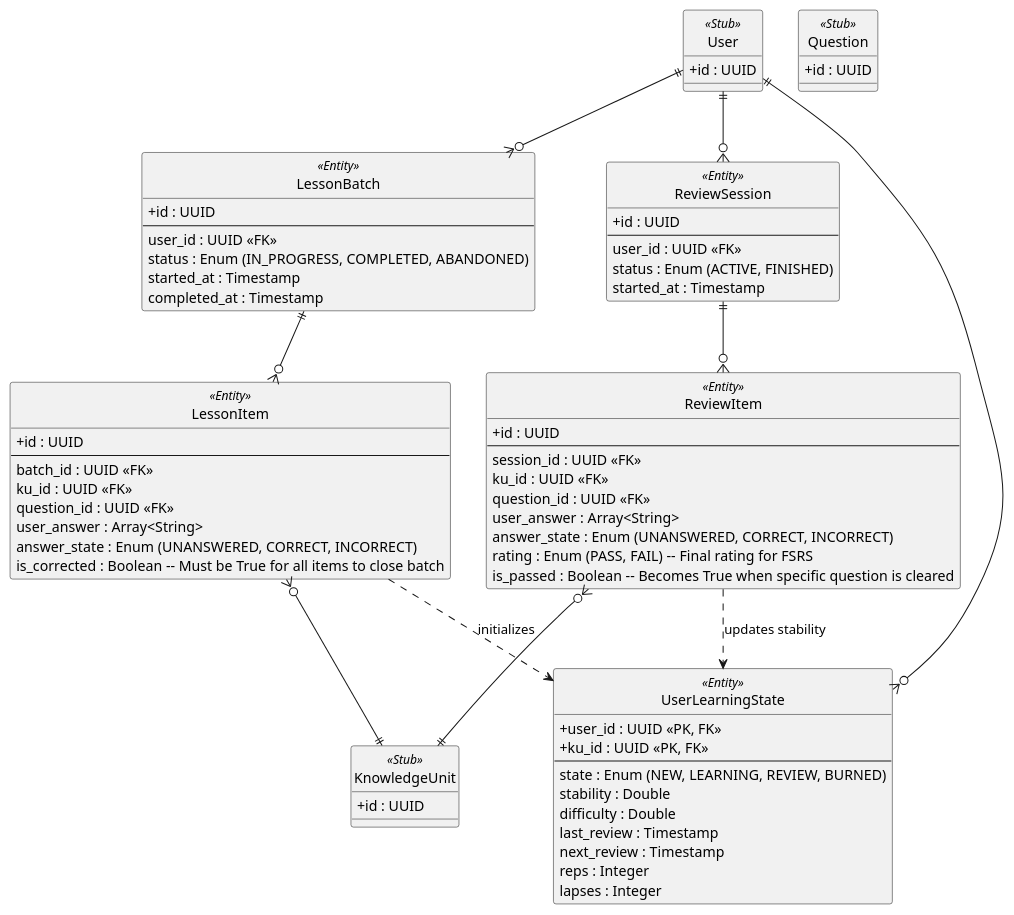
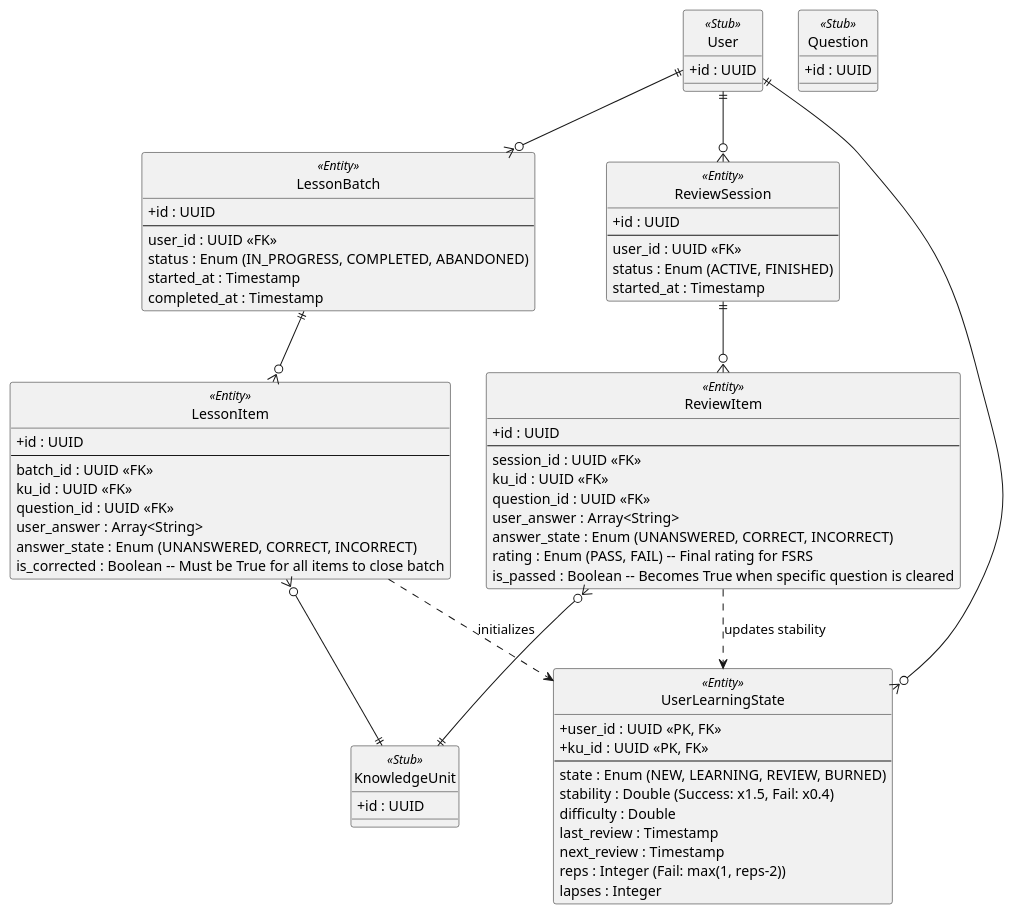
One commit to anhtranguyen-github/Hanachan changed the diagram in docs/er/session-er.md. Above: the diagram before and after it, drawn with PlantUML. The commit also changed 10 other files, not shown here.

Commit message:
docs: standardize ER diagrams, package list, and cross-consistency summary

```diff
--- a/docs/er/session-er.md
+++ b/docs/er/session-er.md
@@ -76,11 +76,11 @@
   + ku_id : UUID <<PK, FK>>
   --
   state : Enum (NEW, LEARNING, REVIEW, BURNED)
-  stability : Double
+  stability : Double (Success: x1.5, Fail: x0.4)
   difficulty : Double
   last_review : Timestamp
   next_review : Timestamp
-  reps : Integer
+  reps : Integer (Fail: max(1, reps-2))
   lapses : Integer
 }
 
```
